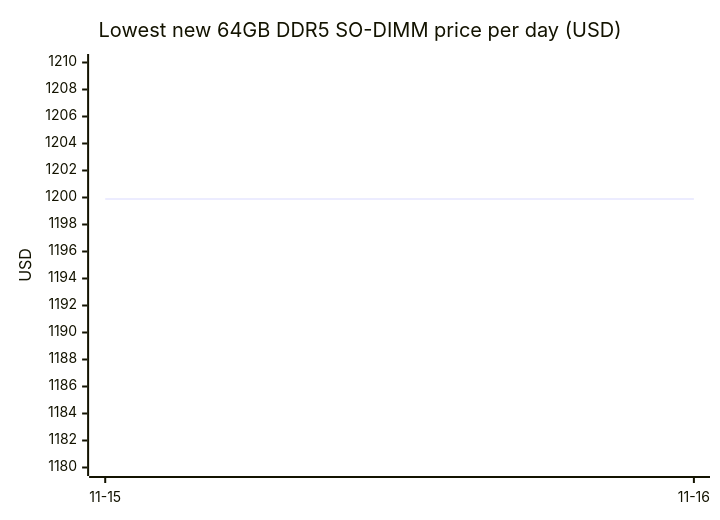
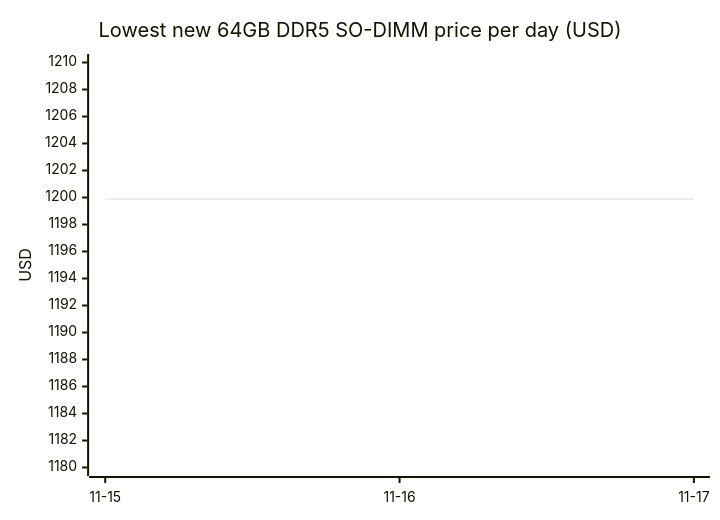
One commit to 7324136828/4tb_ssd_price_watch changed the third of 18 diagrams in README.md. Above: the diagram before and after it, drawn with Mermaid. The commit also changed other lines of this file, not shown here.

````diff
--- a/README.md
+++ b/README.md
@@ -331,7 +343,7 @@
 ```mermaid
 xychart-beta
     title "Lowest new 64GB DDR5 SO-DIMM price per day (USD)"
-    x-axis ["11-15", "11-16"]
+    x-axis ["11-15", "11-16", "11-17"]
     y-axis "USD" 1180 --> 1210
-    line [1199.89, 1199.89]
+    line [1199.89, 1199.89, 1199.89]
 ```
````
